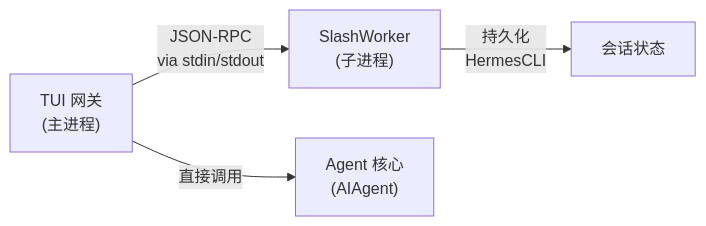
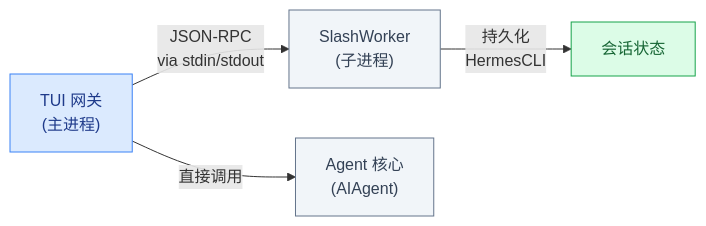
One commit to pty819/hermes-docs changed the third of 5 diagrams in chapters/build-your-own.rst. Above: the diagram before and after it, drawn with Mermaid. The commit also changed other lines of this file and 27 other files, not shown here.

```diff
--- a/chapters/build-your-own.rst
+++ b/chapters/build-your-own.rst
@@ -608,6 +629,15 @@
 .. mermaid::
+   :name: slash-worker-isolation
+   :caption: SlashWorker 进程隔离模式
 
-   graph LR
+   flowchart LR
        A["TUI 网关<br/>(主进程)"] -->|"JSON-RPC<br/>via stdin/stdout"| B["SlashWorker<br/>(子进程)"]
        B -->|"持久化<br/>HermesCLI"| C["会话状态"]
        A -->|"直接调用"| D["Agent 核心<br/>(AIAgent)"]
+
+       classDef start fill:#dbeafe,stroke:#3b82f6,color:#1e3a8a
+       classDef info fill:#f1f5f9,stroke:#64748b,color:#334155
+       classDef success fill:#dcfce7,stroke:#16a34a,color:#166534
+       class A start
+       class B,D info
+       class C success
```
